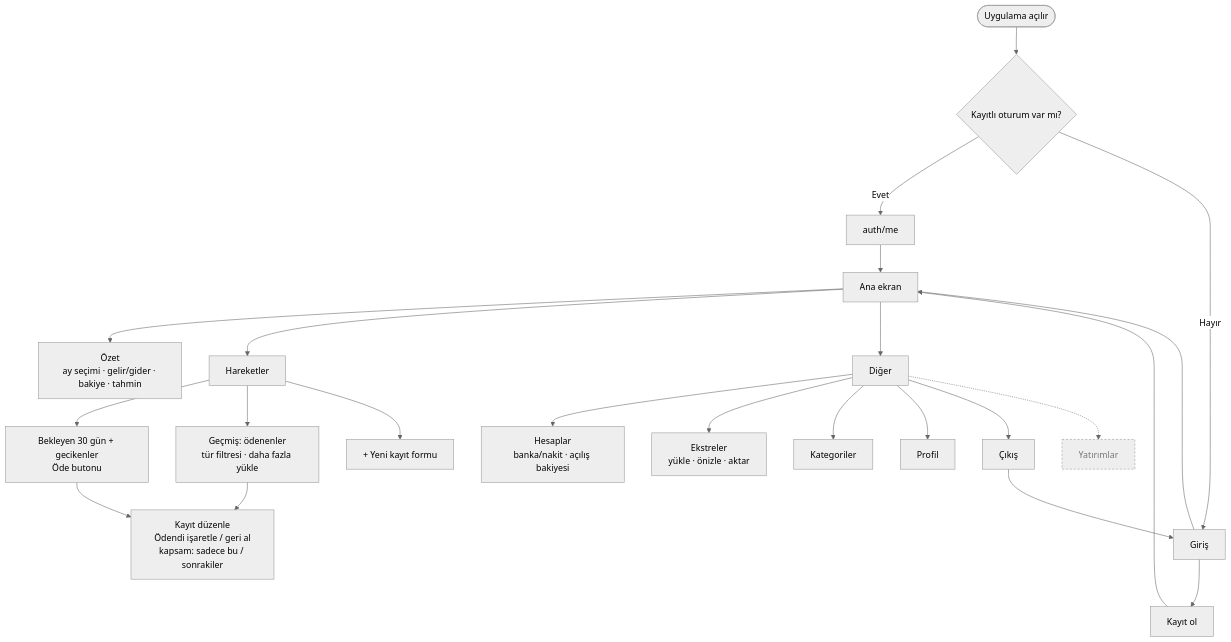
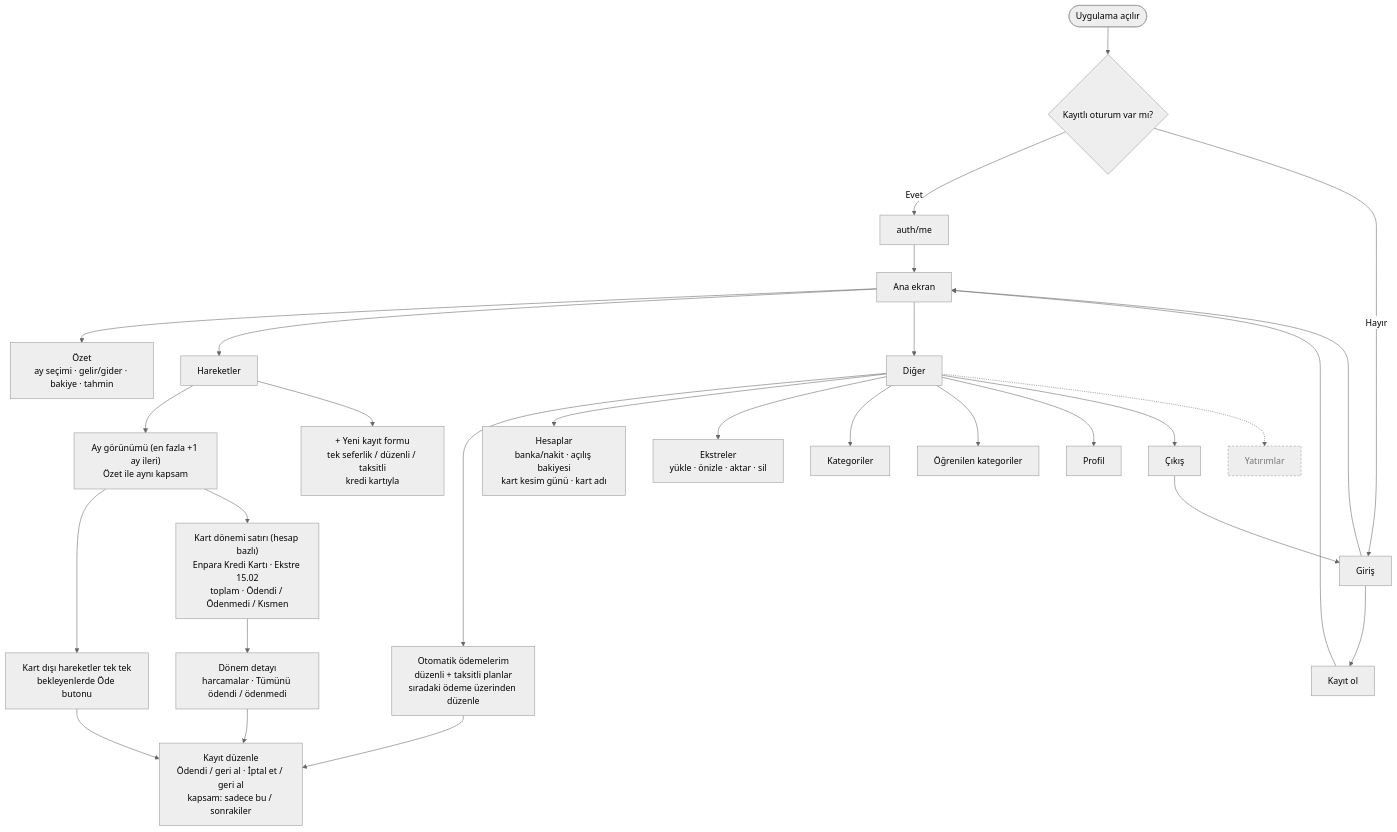
The seventh of 9 diagrams in docs/FLOW.md (anilcelik0/saving), drawn with Mermaid (neutral theme) before and after one commit. The commit also changed other lines of this file and 22 other files, not shown here.

````diff
--- a/docs/FLOW.md
+++ b/docs/FLOW.md
@@ -177,27 +178,32 @@
 ```mermaid
 flowchart TD
     OPEN([Uygulama açılır]) --> TOK{Kayıtlı oturum var mı?}
     TOK -- Evet --> ME[auth/me] --> HOME
     TOK -- Hayır --> LOGIN[Giriş]
     LOGIN --> REG[Kayıt ol] --> HOME
     LOGIN --> HOME
 
     HOME[Ana ekran] --> S[Özet<br/>ay seçimi · gelir/gider · bakiye · tahmin]
     HOME --> H[Hareketler]
     HOME --> D[Diğer]
 
-    H --> HB[Bekleyen 30 gün + gecikenler<br/>Öde butonu]
-    H --> HG[Geçmiş: ödenenler<br/>tür filtresi · daha fazla yükle]
-    H --> NEW[+ Yeni kayıt formu]
-    HB --> EDIT[Kayıt düzenle<br/>Ödendi işaretle / geri al<br/>kapsam: sadece bu / sonrakiler]
-    HG --> EDIT
+    H --> HM["Ay görünümü (en fazla +1 ay ileri)<br/>Özet ile aynı kapsam"]
+    HM --> HT[Kart dışı hareketler tek tek<br/>bekleyenlerde Öde butonu]
+    HM --> HC["Kart dönemi satırı (hesap bazlı)<br/>Enpara Kredi Kartı · Ekstre 15.02<br/>toplam · Ödendi / Ödenmedi / Kısmen"]
+    HC --> CYC[Dönem detayı<br/>harcamalar · Tümünü ödendi / ödenmedi]
+    H --> NEW[+ Yeni kayıt formu<br/>tek seferlik / düzenli / taksitli<br/>kredi kartıyla]
+    HT --> EDIT[Kayıt düzenle<br/>Ödendi / geri al · İptal et / geri al<br/>kapsam: sadece bu / sonrakiler]
+    CYC --> EDIT
 
-    D --> ACC[Hesaplar<br/>banka/nakit · açılış bakiyesi]
-    D --> STM[Ekstreler<br/>yükle · önizle · aktar]
+    D --> AUTO[Otomatik ödemelerim<br/>düzenli + taksitli planlar<br/>sıradaki ödeme üzerinden düzenle]
+    AUTO --> EDIT
+    D --> ACC[Hesaplar<br/>banka/nakit · açılış bakiyesi<br/>kart kesim günü · kart adı]
+    D --> STM[Ekstreler<br/>yükle · önizle · aktar · sil]
     D --> CAT[Kategoriler]
+    D --> RULE[Öğrenilen kategoriler]
     D --> PRO[Profil]
     D --> OUT[Çıkış] --> LOGIN
 
     D -.-> INVS[Yatırımlar]:::todo
     classDef todo fill:#eee,stroke:#999,stroke-dasharray:4 3,color:#777
 ```
````
